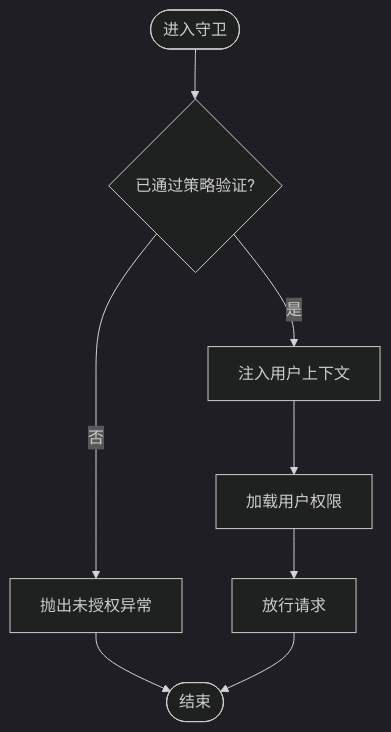
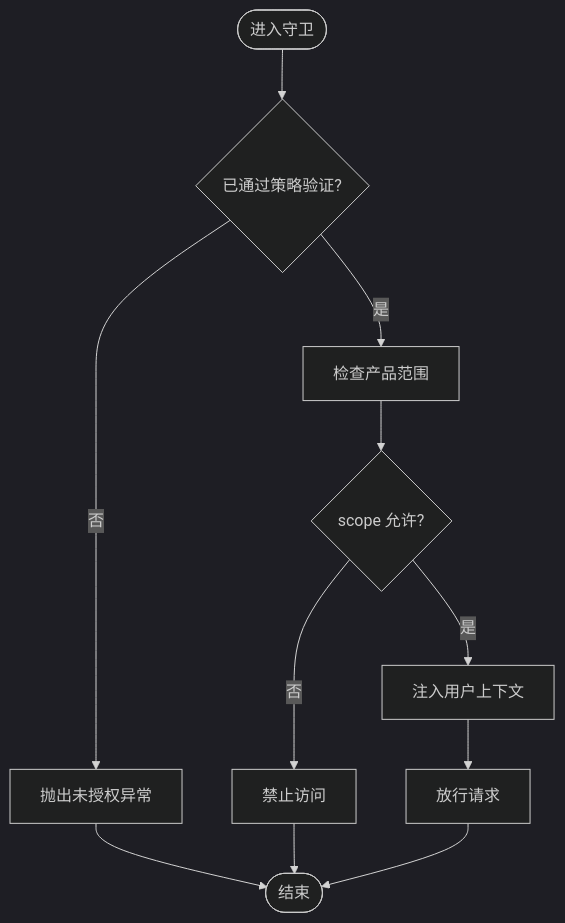
One commit to rc558620/purelyprofit-server changed the fourth of 13 diagrams in .qoder/repowiki/zh/content/认证授权系统/JWT 认证机制.md. Above: the diagram before and after it, drawn with Mermaid (dark theme). The commit also changed other lines of this file and 18 other files, not shown here.

````diff
--- a/.qoder/repowiki/zh/content/认证授权系统/JWT 认证机制.md
+++ b/.qoder/repowiki/zh/content/认证授权系统/JWT 认证机制.md
@@ -203,10 +187,13 @@
 ```mermaid
 flowchart TD
 Enter(["进入守卫"]) --> IsAuthenticated{"已通过策略验证?"}
 IsAuthenticated --> |否| Unauthorized["抛出未授权异常"]
-IsAuthenticated --> |是| InjectCtx["注入用户上下文"]
-InjectCtx --> LoadPerms["加载用户权限"]
-LoadPerms --> Allow["放行请求"]
+IsAuthenticated --> |是| CheckScope["检查产品范围"]
+CheckScope --> ScopeAllowed{"scope 允许?"}
+ScopeAllowed --> |否| Forbidden["禁止访问"]
+ScopeAllowed --> |是| InjectCtx["注入用户上下文"]
+InjectCtx --> Allow["放行请求"]
 Unauthorized --> End(["结束"])
+Forbidden --> End
 Allow --> End
 ```
````
